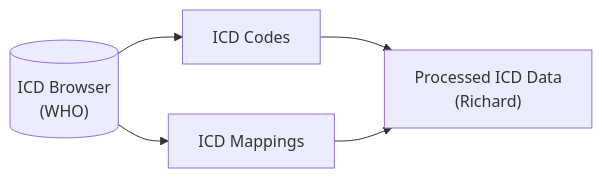
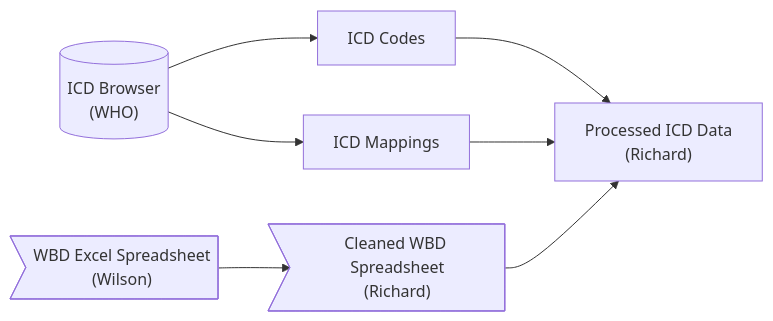
The first of 2 diagrams in DEVELOPER.md (cghr-toronto/icd), drawn with Mermaid before and after one commit. The commit also changed other lines of this file, not shown here.

````diff
--- a/DEVELOPER.md
+++ b/DEVELOPER.md
@@ -10,5 +10,15 @@
 ```mermaid
 flowchart LR;
 
-A[("ICD Browser<br/>(WHO)")] --> B["ICD Codes"] & C["ICD Mappings"] --> D["Processed ICD Data<br>(Richard)"];
+icd["ICD Codes"]
+icdmap["ICD Mappings"]
+icdbrowser[("ICD Browser<br/>(WHO)")]
+
+wbdraw>"WBD Excel Spreadsheet<br/>(Wilson)"]
+wbd>"Cleaned WBD Spreadsheet<br/>(Richard)"]
+
+research["Processed ICD Data<br>(Richard)"]
+
+icdbrowser --> icd & icdmap --> research
+wbdraw --> wbd --> research
 ```
````
